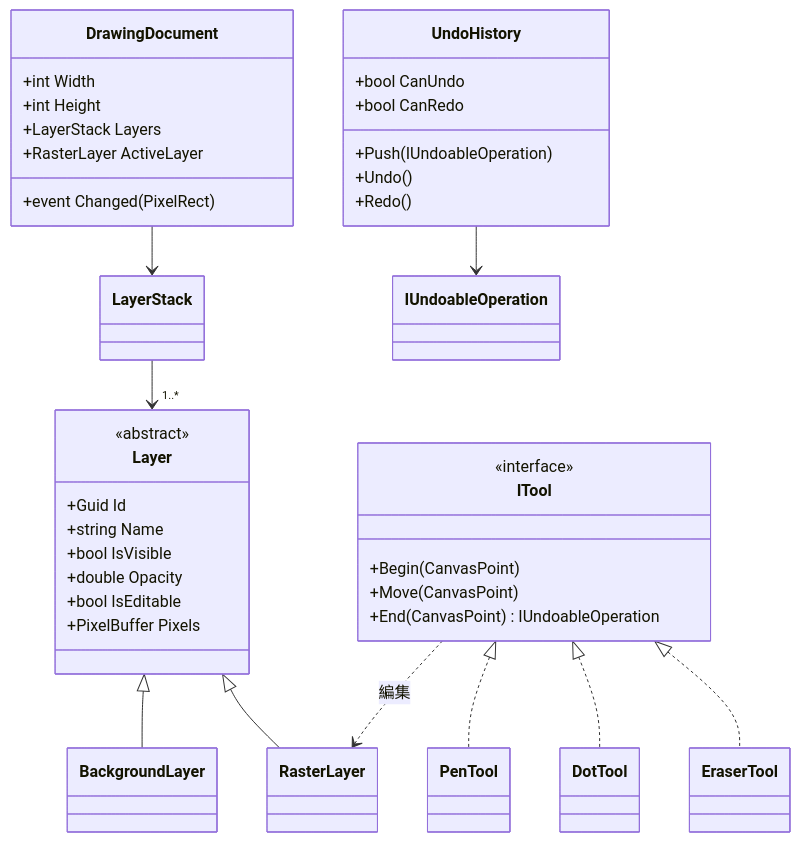
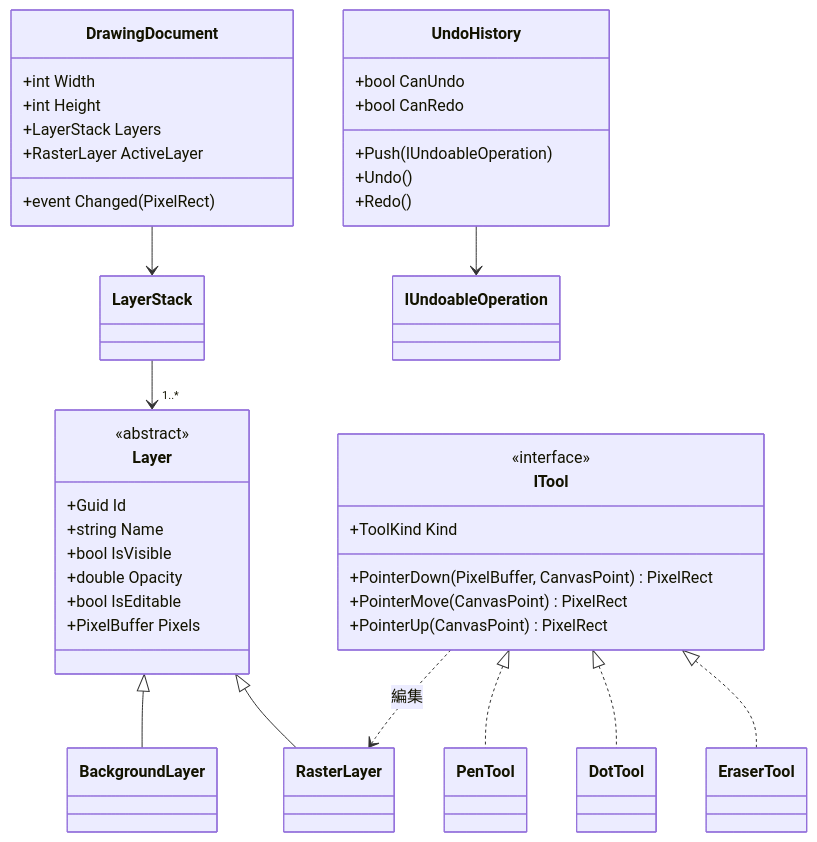
The second of 4 diagrams in docs/Architecture.md (JetContrail/2026_devin_test_with_windows_GUI), drawn with Mermaid before and after one commit. The commit also changed other lines of this file and 10 other files, not shown here.

Commit message:
feat(core): add ITool, PenTool and DrawingSession routing pointer strokes to the drawing layer (Refs #6, #7)

````diff
--- a/docs/Architecture.md
+++ b/docs/Architecture.md
@@ -71,43 +71,44 @@
 ```mermaid
 classDiagram
     class DrawingDocument {
       +int Width
       +int Height
       +LayerStack Layers
       +RasterLayer ActiveLayer
       +event Changed(PixelRect)
     }
     class Layer {
       <<abstract>>
       +Guid Id
       +string Name
       +bool IsVisible
       +double Opacity
       +bool IsEditable
       +PixelBuffer Pixels
     }
     class BackgroundLayer
     class RasterLayer
     class ITool {
       <<interface>>
-      +Begin(CanvasPoint)
-      +Move(CanvasPoint)
-      +End(CanvasPoint) IUndoableOperation
+      +ToolKind Kind
+      +PointerDown(PixelBuffer, CanvasPoint) PixelRect
+      +PointerMove(CanvasPoint) PixelRect
+      +PointerUp(CanvasPoint) PixelRect
     }
     class UndoHistory {
       +Push(IUndoableOperation)
       +Undo()
       +Redo()
       +bool CanUndo
       +bool CanRedo
     }
     DrawingDocument --> LayerStack
     LayerStack --> "1..*" Layer
     Layer <|-- BackgroundLayer
     Layer <|-- RasterLayer
     ITool <|.. PenTool
     ITool <|.. DotTool
     ITool <|.. EraserTool
     ITool ..> RasterLayer : 編集
     UndoHistory --> IUndoableOperation
 ```
````
